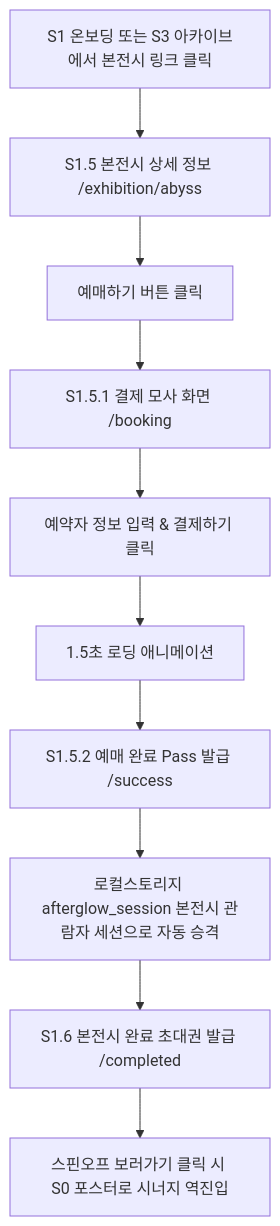
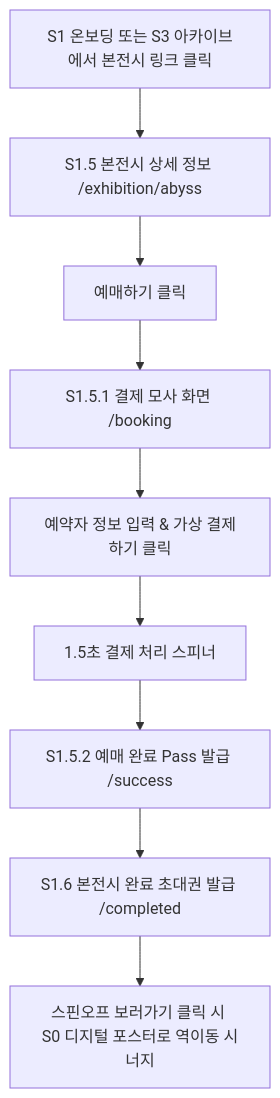
The diagram in docs/03_스핀오프-유저뷰/01_상세기획/04_S1.5_본전시상세_및_예매-상세기획-v0.1.md (nino2767/afterglow), drawn with Mermaid before and after one commit. The commit also changed other lines of this file and 11 other files, not shown here.

````diff
--- a/docs/03_스핀오프-유저뷰/01_상세기획/04_S1.5_본전시상세_및_예매-상세기획-v0.1.md
+++ b/docs/03_스핀오프-유저뷰/01_상세기획/04_S1.5_본전시상세_및_예매-상세기획-v0.1.md
@@ -24,11 +32,10 @@
 ```mermaid
 flowchart TD
     A[S1 온보딩 또는 S3 아카이브에서 본전시 링크 클릭] --> B[S1.5 본전시 상세 정보 /exhibition/abyss]
-    B --> C[예매하기 버튼 클릭] --> D[S1.5.1 결제 모사 화면 /booking]
-    D --> E[예약자 정보 입력 & 결제하기 클릭]
-    E --> F[1.5초 로딩 애니메이션]
+    B --> C[예매하기 클릭] --> D[S1.5.1 결제 모사 화면 /booking]
+    D --> E[예약자 정보 입력 & 가상 결제하기 클릭]
+    E --> F[1.5초 결제 처리 스피너]
     F --> G[S1.5.2 예매 완료 Pass 발급 /success]
-    G --> H[로컬스토리지 afterglow_session 본전시 관람자 세션으로 자동 승격]
-    H --> I[S1.6 본전시 완료 초대권 발급 /completed]
-    I --> J[스핀오프 보러가기 클릭 시 S0 포스터로 시너지 역진입]
+    G --> H[S1.6 본전시 완료 초대권 발급 /completed]
+    H --> I[스핀오프 보러가기 클릭 시 S0 디지털 포스터로 역이동 시너지]
 ```
````
